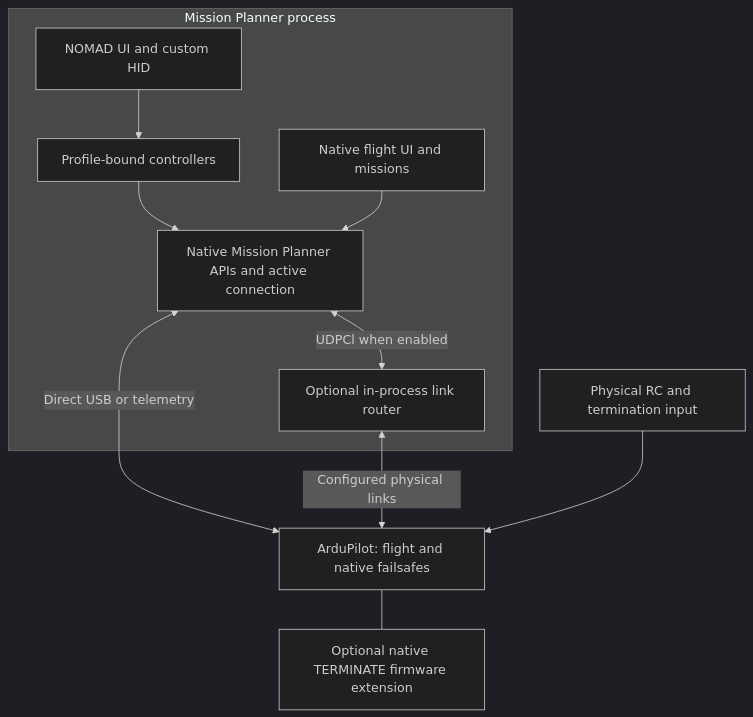
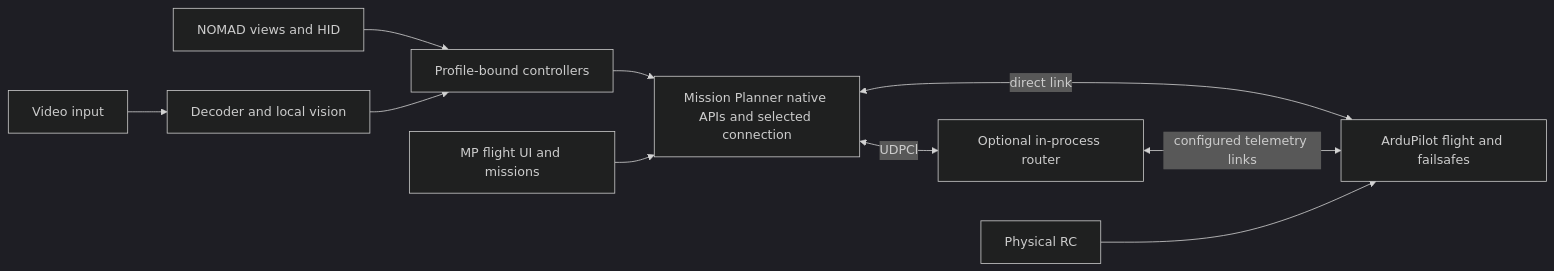
Before and after one commit to McGill-Aerial-Design/NOMAD: the diagram in docs/architecture.md, drawn with Mermaid (dark theme). The commit also changed other lines of this file and 40 other files, not shown here.

````diff
--- a/docs/architecture.md
+++ b/docs/architecture.md
@@ -6,13 +7,12 @@
 ```mermaid
-flowchart TB
-  subgraph Ground[Mission Planner process]
-    HID[NOMAD UI and custom HID] --> Controls[Profile-bound controllers]
-    Controls --> MP[Native Mission Planner APIs and active connection]
-    Flight[Native flight UI and missions] --> MP
-    MP <-->|UDPCl when enabled| Router[Optional in-process link router]
-  end
-  MP <-->|Direct USB or telemetry| AP[ArduPilot: flight and native failsafes]
-  Router <-->|Configured physical links| AP
-  RC[Physical RC and termination input] --> AP
-  AP --- Terminate[Optional native TERMINATE firmware extension]
+flowchart LR
+  UI[NOMAD views and HID] --> Controllers[Profile-bound controllers]
+  Controllers --> MP[Mission Planner native APIs and selected connection]
+  Flight[MP flight UI and missions] --> MP
+  MP <-->|direct link| AP[ArduPilot flight and failsafes]
+  MP <-->|UDPCl| Router[Optional in-process router]
+  Router <-->|configured telemetry links| AP
+  RC[Physical RC] --> AP
+  Camera[Video input] --> Video[Decoder and local vision]
+  Video --> Controllers
 ```
````
